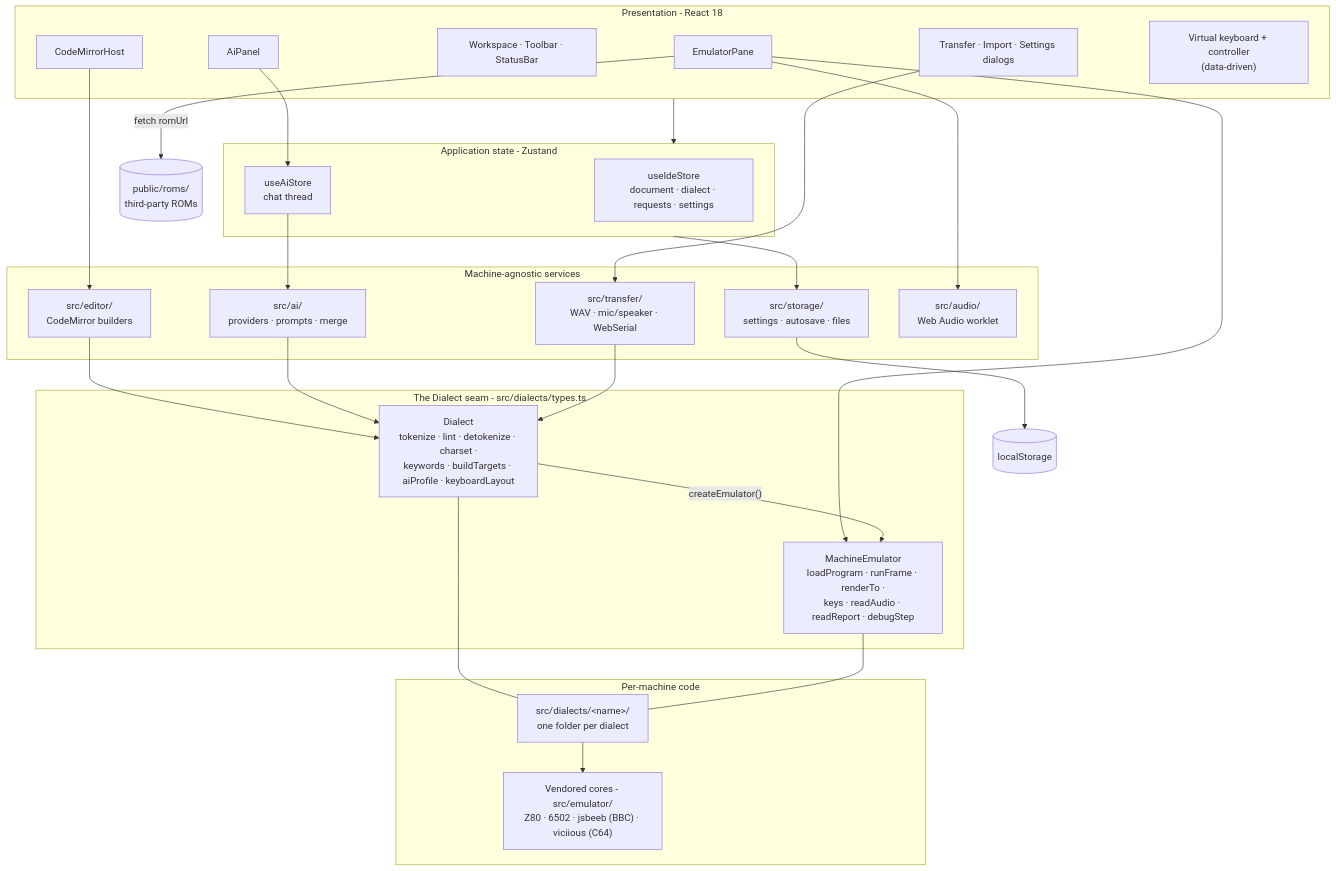
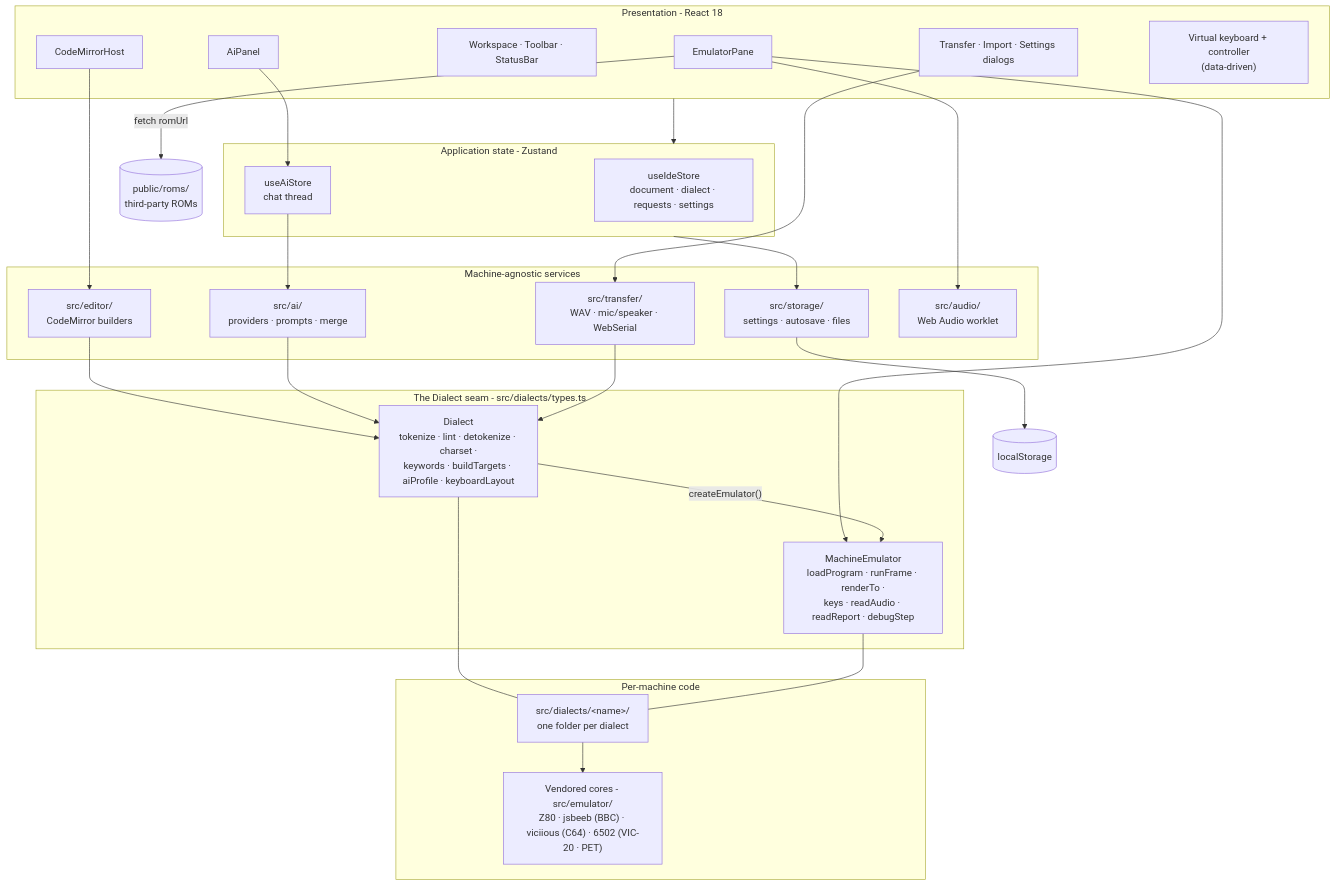
The third of 7 diagrams in docs/contributing/architecture.md (seanhodges/basically), drawn with Mermaid before and after one commit. The commit also changed other lines of this file and 10 other files, not shown here.

Commit message:
docs: Add PET and VIC-20 dialects

````diff
--- a/docs/contributing/architecture.md
+++ b/docs/contributing/architecture.md
@@ -150,53 +152,53 @@
 ```mermaid
 flowchart TB
   subgraph presentation ["Presentation - React 18"]
     workspace["Workspace · Toolbar · StatusBar"]
     editorui["CodeMirrorHost"]
     emupane["EmulatorPane"]
     aipanel["AiPanel"]
     dialogs["Transfer · Import · Settings dialogs"]
     vkbd["Virtual keyboard + controller<br/>(data-driven)"]
   end
 
   subgraph state ["Application state - Zustand"]
     store["useIdeStore<br/>document · dialect · requests · settings"]
     aistore["useAiStore<br/>chat thread"]
   end
 
   subgraph services ["Machine-agnostic services"]
     editor["src/editor/<br/>CodeMirror builders"]
     ai["src/ai/<br/>providers · prompts · merge"]
     transfer["src/transfer/<br/>WAV · mic/speaker · WebSerial"]
     storage["src/storage/<br/>settings · autosave · files"]
     audio["src/audio/<br/>Web Audio worklet"]
   end
 
   subgraph seam ["The Dialect seam - src/dialects/types.ts"]
     dialect["Dialect<br/>tokenize · lint · detokenize · charset ·<br/>keywords · buildTargets · aiProfile · keyboardLayout"]
     machine["MachineEmulator<br/>loadProgram · runFrame · renderTo ·<br/>keys · readAudio · readReport · debugStep"]
   end
 
   subgraph machines ["Per-machine code"]
     folders["src/dialects/&lt;name&gt;/<br/>one folder per dialect"]
-    cores["Vendored cores - src/emulator/<br/>Z80 · 6502 · jsbeeb (BBC) · viciious (C64)"]
+    cores["Vendored cores - src/emulator/<br/>Z80 · jsbeeb (BBC) · viciious (C64) · 6502 (VIC-20 · PET)"]
   end
 
   roms[("public/roms/<br/>third-party ROMs")]
   ls[("localStorage")]
 
   presentation --> state
   editorui --> editor
   aipanel --> aistore --> ai
   dialogs --> transfer
   emupane --> audio
   editor --> dialect
   ai --> dialect
   transfer --> dialect
   emupane --> machine
   dialect -->|"createEmulator()"| machine
   dialect --- folders
   machine --- folders
   folders --> cores
   emupane -->|"fetch romUrl"| roms
   state --> storage --> ls
 ```
````
